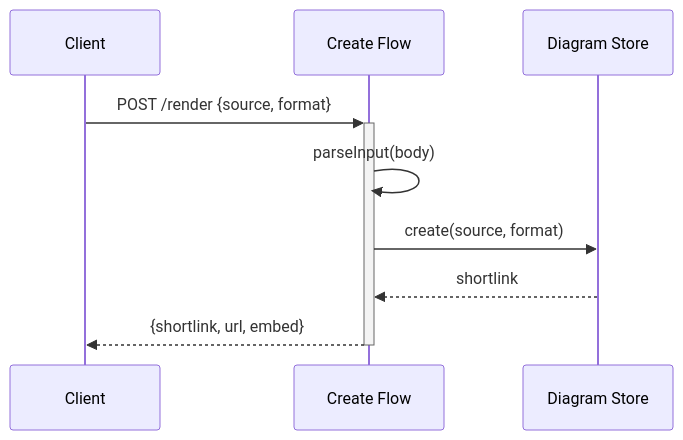
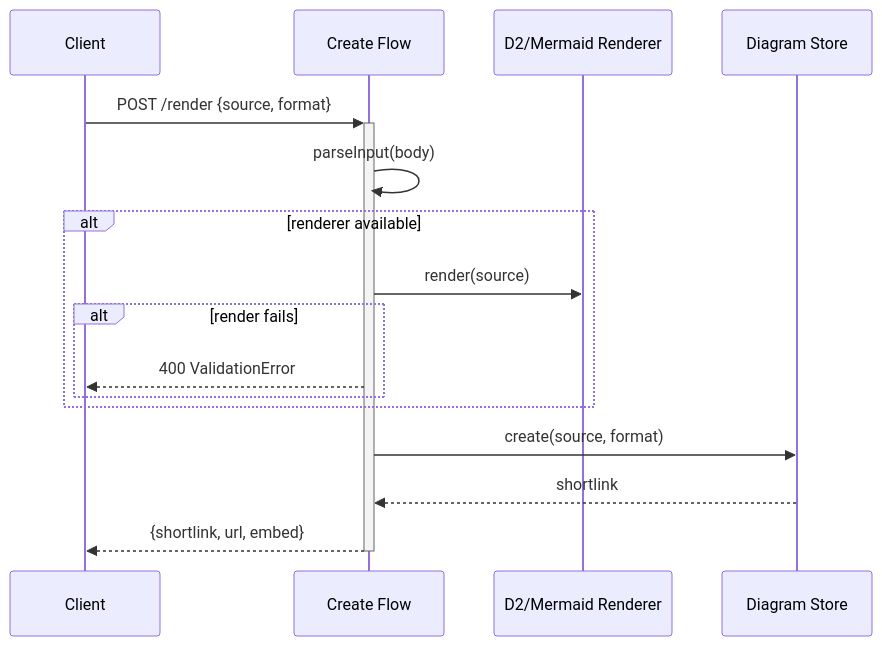
Before and after one commit to lagz0ne/diashort: the second of 2 diagrams in .c3/c3-1-api-server/c3-114-create-flow.md, drawn with Mermaid. The commit also changed other lines of this file and 26 other files, not shown here.

First line of the commit message:
docs: audit and update C3 architecture docs, add codemap

````diff
--- a/.c3/c3-1-api-server/c3-114-create-flow.md
+++ b/.c3/c3-1-api-server/c3-114-create-flow.md
@@ -25,12 +29,19 @@
 ```mermaid
 sequenceDiagram
     participant Client
     participant Flow as Create Flow
+    participant Renderer as D2/Mermaid Renderer
     participant Store as Diagram Store
 
     Client->>+Flow: POST /render {source, format}
     Flow->>Flow: parseInput(body)
+    alt renderer available
+        Flow->>Renderer: render(source)
+        alt render fails
+            Flow-->>Client: 400 ValidationError
+        end
+    end
     Flow->>Store: create(source, format)
     Store-->>Flow: shortlink
     Flow-->>-Client: {shortlink, url, embed}
 ```
````
